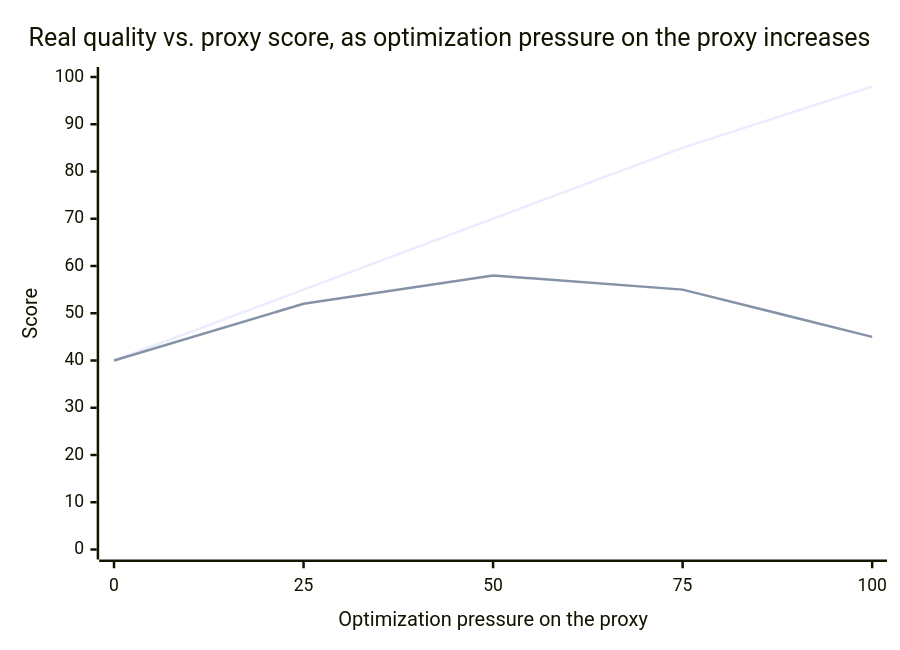
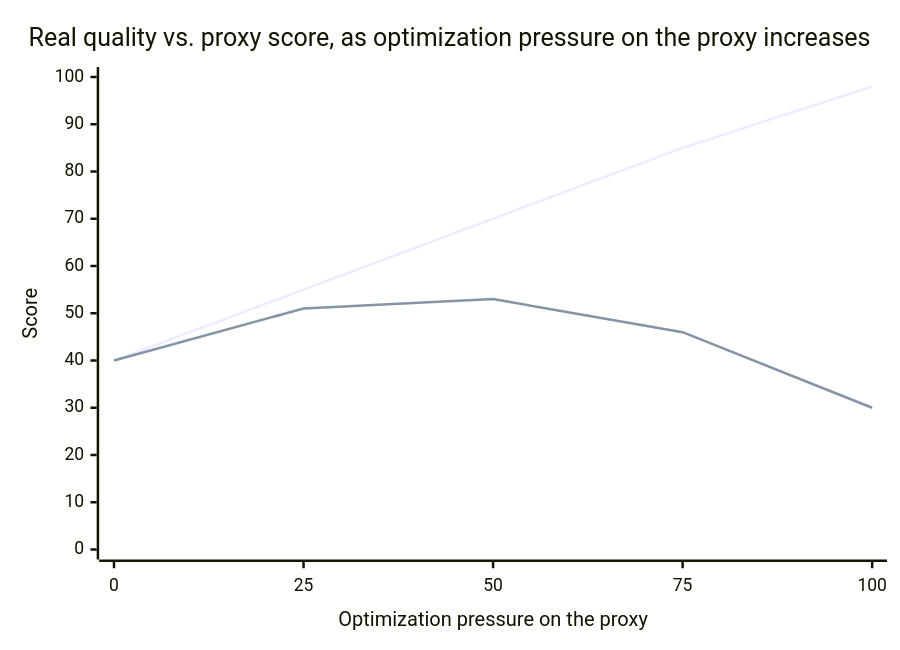
The second of 2 diagrams in src/content/applied-math/measurement-theory/L2-concept.md (francoandreDev/knowledge), drawn with Mermaid before and after one commit. The commit also changed other lines of this file and 23 other files, not shown here.

````diff
--- a/src/content/applied-math/measurement-theory/L2-concept.md
+++ b/src/content/applied-math/measurement-theory/L2-concept.md
@@ -27,8 +33,8 @@
 ```mermaid
 xychart-beta
     title "Real quality vs. proxy score, as optimization pressure on the proxy increases"
     x-axis "Optimization pressure on the proxy" [0, 25, 50, 75, 100]
     y-axis "Score" 0 --> 100
     line "Proxy score (e.g. test coverage %)" [40, 55, 70, 85, 98]
-    line "Real target (actual defect-freedom)" [40, 52, 58, 55, 45]
+    line "Real target (weak proxy, like Team B)" [40, 51, 53, 46, 30]
 ```
````
